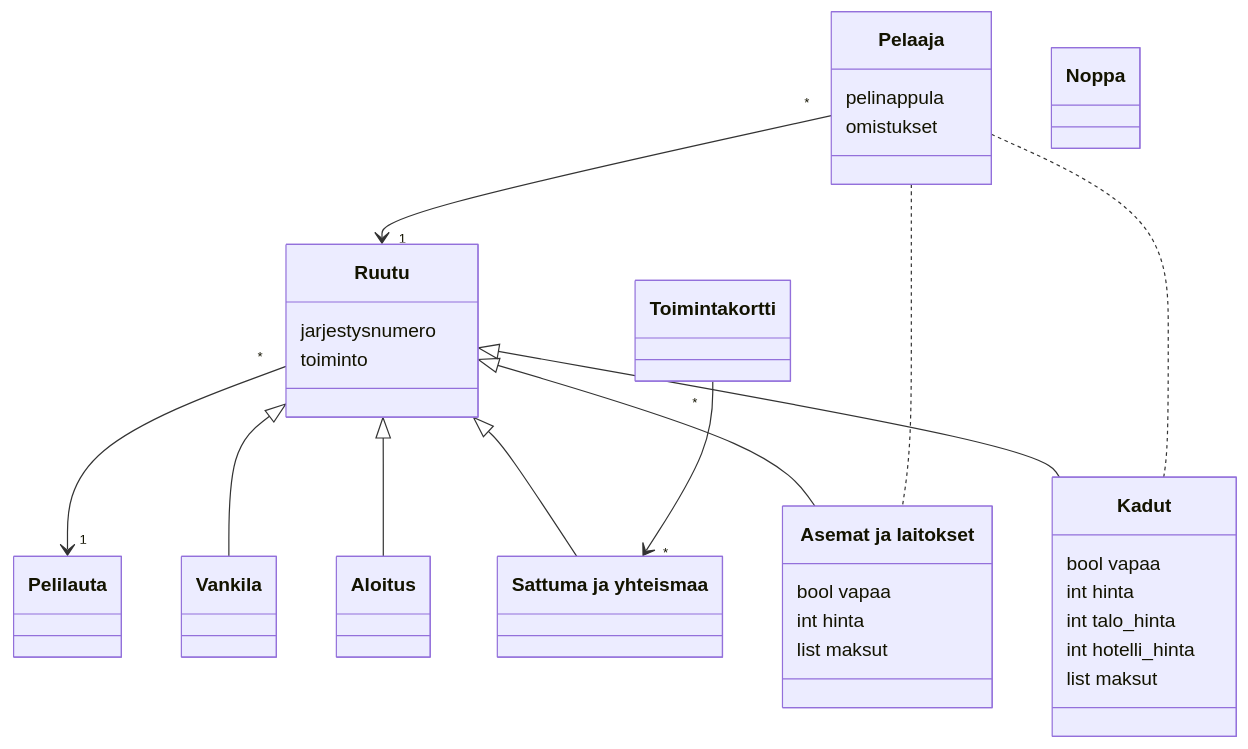
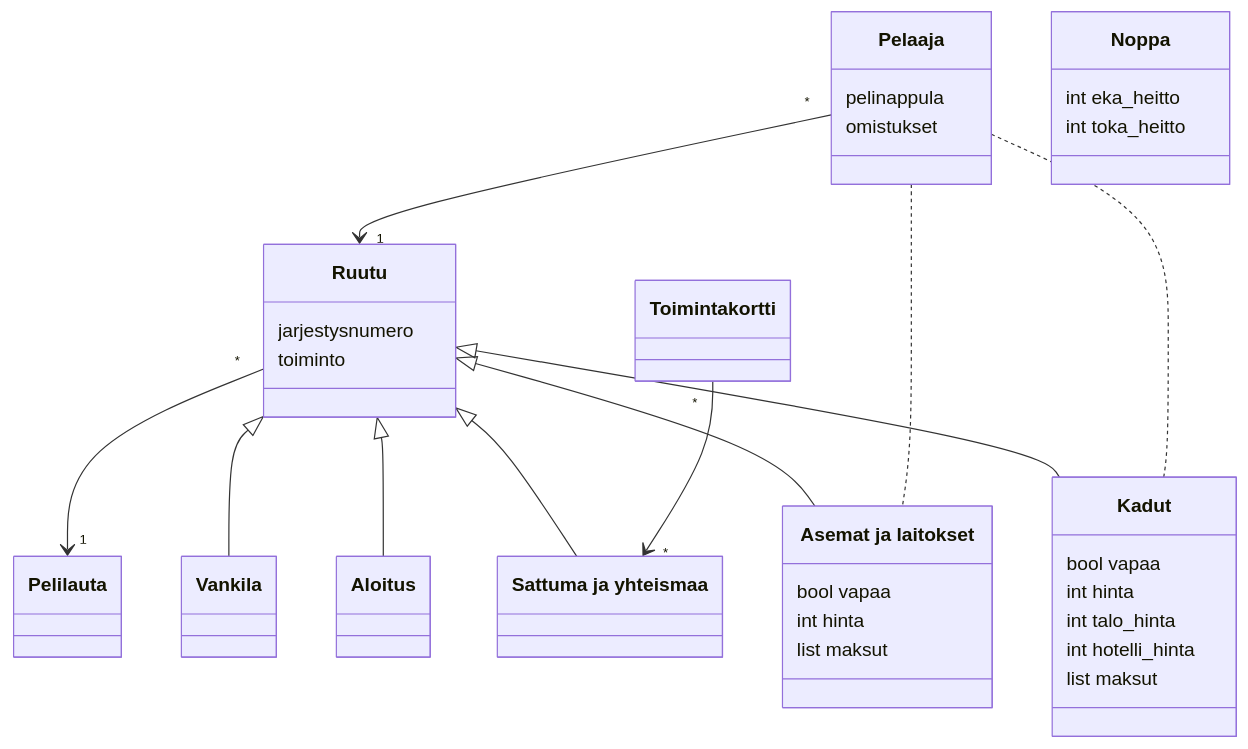
The diagram in laskarit/viikko3/luokkakaavio_monopoli.md (VilleJuhan1/ot-harjoitustyo), drawn with Mermaid before and after one commit.

Commit message:
Nopan muuttujat luokkakaavioon

````diff
--- a/laskarit/viikko3/luokkakaavio_monopoli.md
+++ b/laskarit/viikko3/luokkakaavio_monopoli.md
@@ -3,43 +3,45 @@
 ```mermaid
 classDiagram
 
 %% Alustetaan luokat ja niiden suhteet
     Ruutu "*" --> "1" Pelilauta
     Pelaaja "*" --> "1" Ruutu
     Ruutu <|-- Vankila
     Ruutu <|-- Aloitus
     Ruutu <|-- `Sattuma ja yhteismaa`
     Ruutu <|-- `Asemat ja laitokset`
     Ruutu <|-- Kadut
     Toimintakortti "*" --> "*" `Sattuma ja yhteismaa`
     Pelaaja .. Kadut
     Pelaaja .. `Asemat ja laitokset`
 
 %% Määritetään yläluokkien ominaisuudet
     class Pelilauta{
     }
     class Ruutu{
         jarjestysnumero
         toiminto
     }
     class Pelaaja{
         pelinappula
         omistukset
     }
     class Noppa{
+        int eka_heitto
+        int toka_heitto
     }
 
 %% Määritetään perittyjen luokkien ominaisuudet
     class `Asemat ja laitokset`{
         bool vapaa
         int hinta
         list maksut
     }
     class `Kadut`{
         bool vapaa
         int hinta
         int talo_hinta
         int hotelli_hinta
         list maksut
     }
 ```    
````
